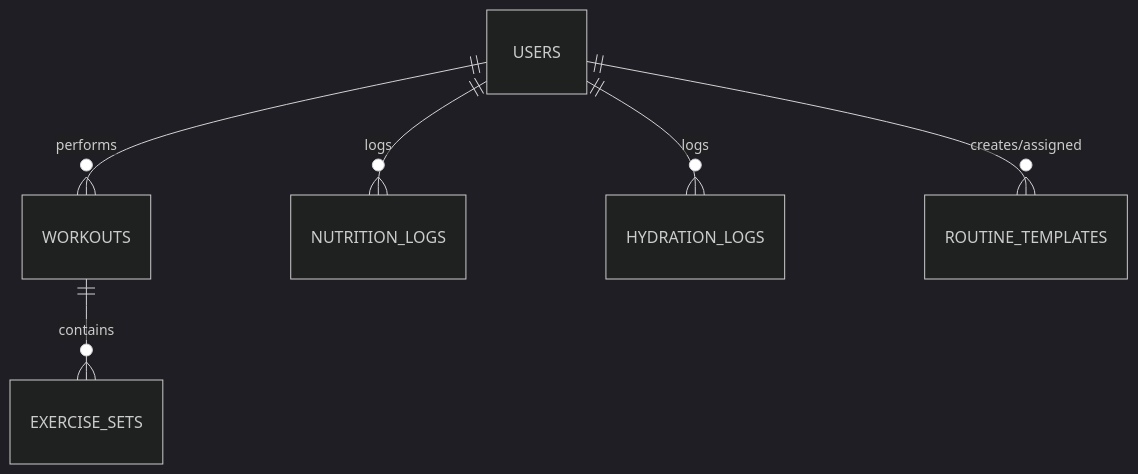
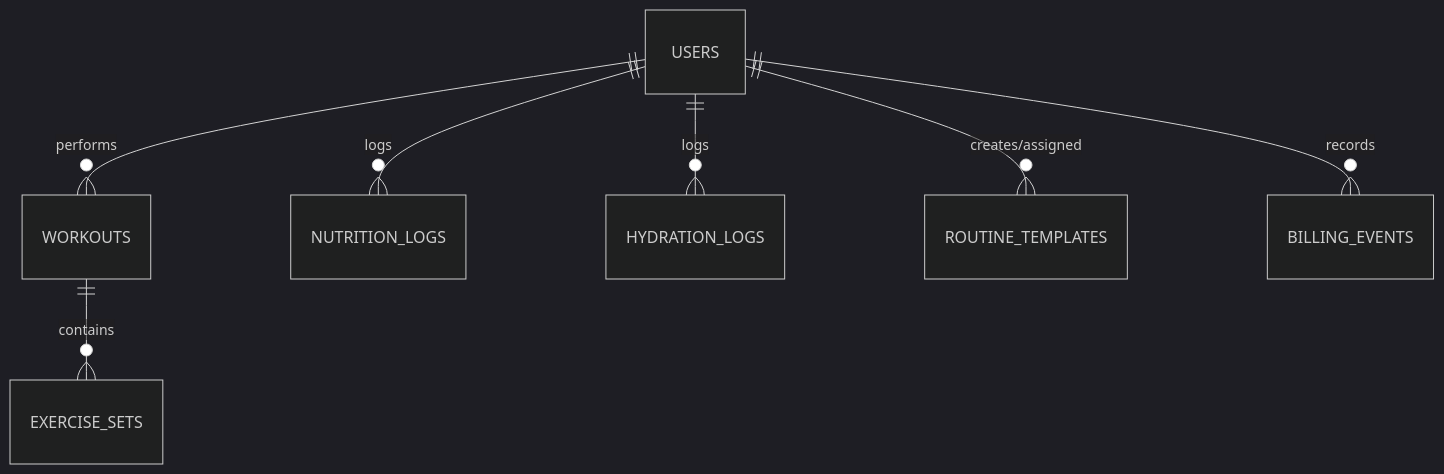
Before and after one commit to lilo123/yourbody-fyi: the diagram in docs/backend.md, drawn with Mermaid (dark theme). The commit also changed other lines of this file and 7 other files, not shown here.

First line of the commit message:
feat(billing): add plan fields, billing events and entitlement helpers

````diff
--- a/docs/backend.md
+++ b/docs/backend.md
@@ -5,8 +5,9 @@
 ```mermaid
 erDiagram
     USERS ||--o{ WORKOUTS : "performs"
     USERS ||--o{ NUTRITION_LOGS : "logs"
     USERS ||--o{ HYDRATION_LOGS : "logs"
     USERS ||--o{ ROUTINE_TEMPLATES : "creates/assigned"
+    USERS ||--o{ BILLING_EVENTS : "records"
     WORKOUTS ||--o{ EXERCISE_SETS : "contains"
 ```
````
